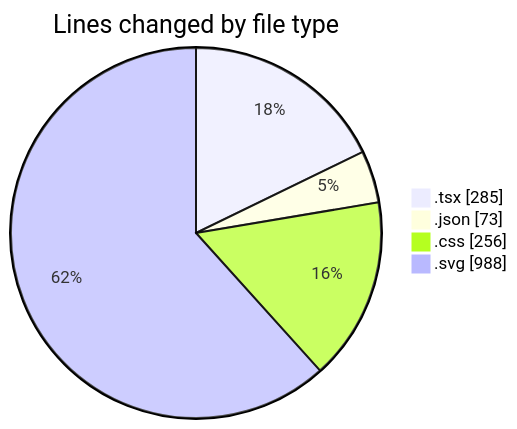
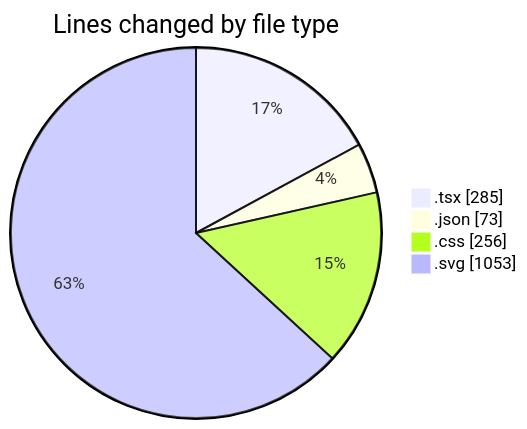
One commit to EIIisD/code-tracking changed the first of 2 diagrams in 2025-08-05/tw-server/README.md. Above: the diagram before and after it, drawn with Mermaid. The commit also changed other lines of this file and 1 other file, not shown here.

````diff
--- a/2025-08-05/tw-server/README.md
+++ b/2025-08-05/tw-server/README.md
@@ -30,8 +30,8 @@
 ```mermaid
 pie showData
 title Lines changed by file type
 ".tsx" : 285
 ".json" : 73
 ".css" : 256
-".svg" : 988
+".svg" : 1053
 ```
````
